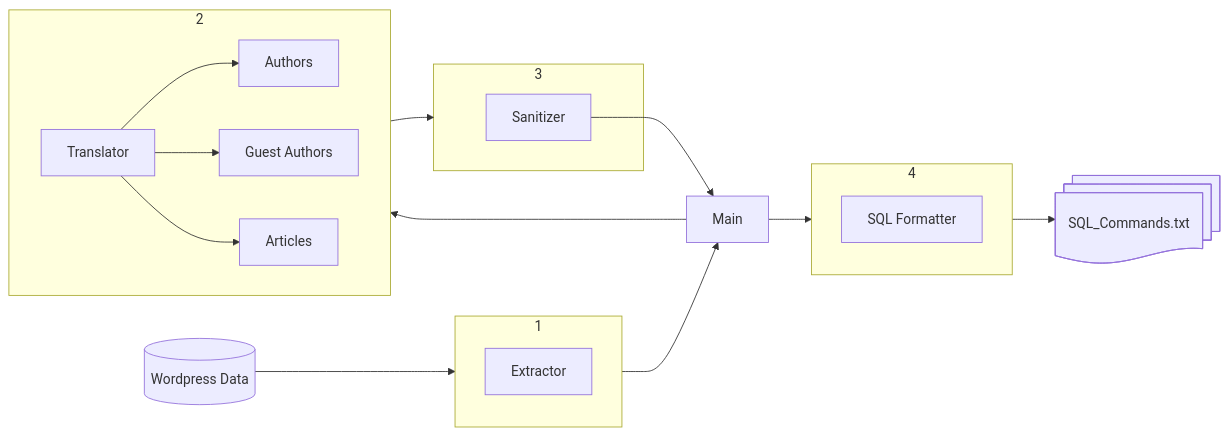
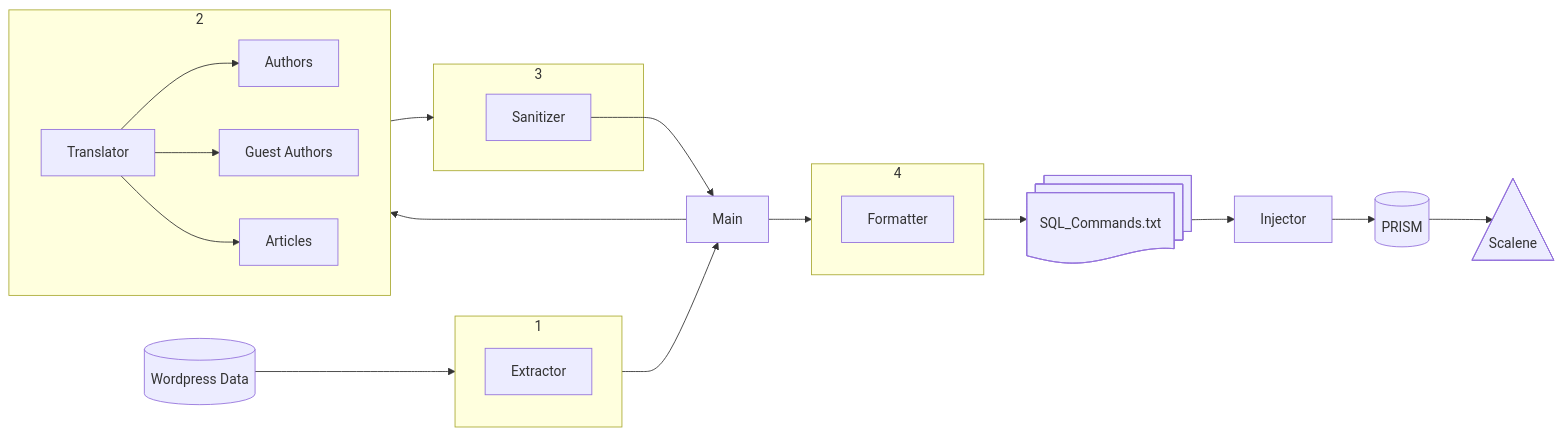
The diagram in README.MD (DrexelTriangle/wordpress-etl), drawn with Mermaid before and after one commit.

````diff
--- a/README.MD
+++ b/README.MD
@@ -6,33 +6,34 @@
 ```mermaid
 flowchart LR
     db[(Wordpress Data)] 
     db --> g1
     g1 --> ma[Main]
     ma --> g2
     ma --> g4
-    g4 --> cmd@{ shape: docs, label: "SQL_Commands.txt"}
+    g4 --> cmd@{ shape: docs, label: "SQL_Commands.txt"} --> in[Injector] --> pr[(PRISM)] --> sc@{ shape: tri, label: "Scalene"}
 
 subgraph g1[1]
     ex[Extractor]
 end
 
 subgraph g2[2]
 direction LR
     tr[Translator]
     tr --> au[Authors]
     tr --> ga[Guest Authors]
     tr --> ar[Articles]
 end
 
 g2 --> g3
 
 subgraph g3[3]
     sa[Sanitizer]
 end
 
 sa --> ma
 
 subgraph g4[4]
-    fm[SQL Formatter]
+    fm[Formatter]
 end
+
 ```
````
